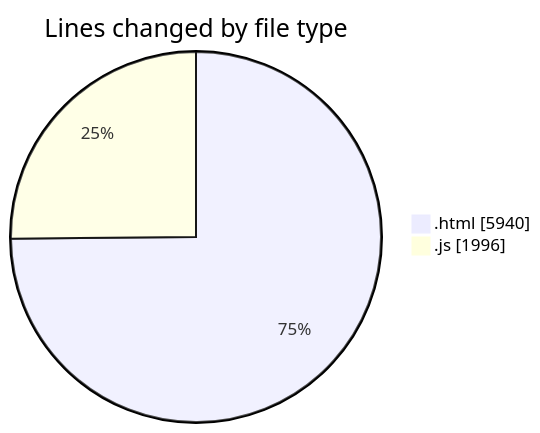
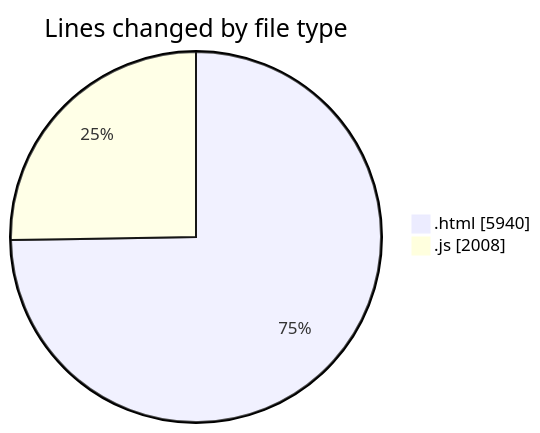
The first of 2 diagrams in 2025-08-10/nxtqube_webapp/README.md (nxtqubesakshisongat/code-tracking), drawn with Mermaid before and after one commit. The commit also changed other lines of this file and 1 other file, not shown here.

````diff
--- a/2025-08-10/nxtqube_webapp/README.md
+++ b/2025-08-10/nxtqube_webapp/README.md
@@ -23,6 +23,6 @@
 ```mermaid
 pie showData
 title Lines changed by file type
 ".html" : 5940
-".js" : 1996
+".js" : 2008
 ```
````
